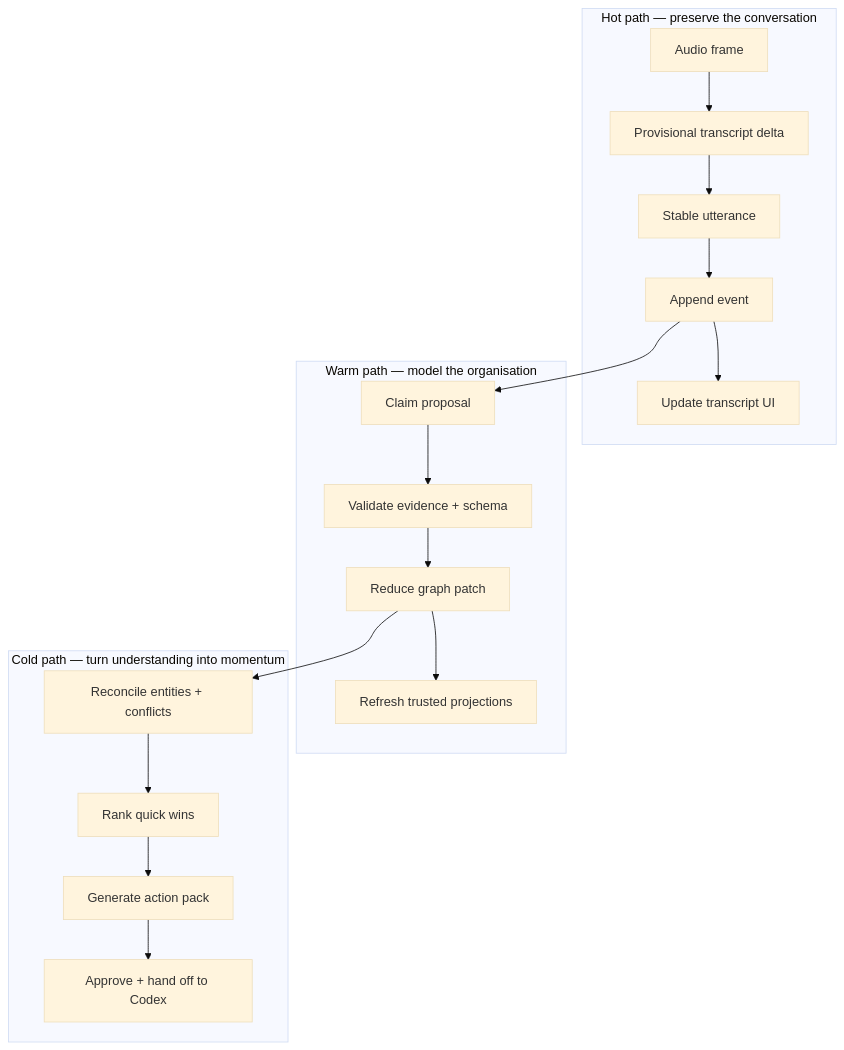
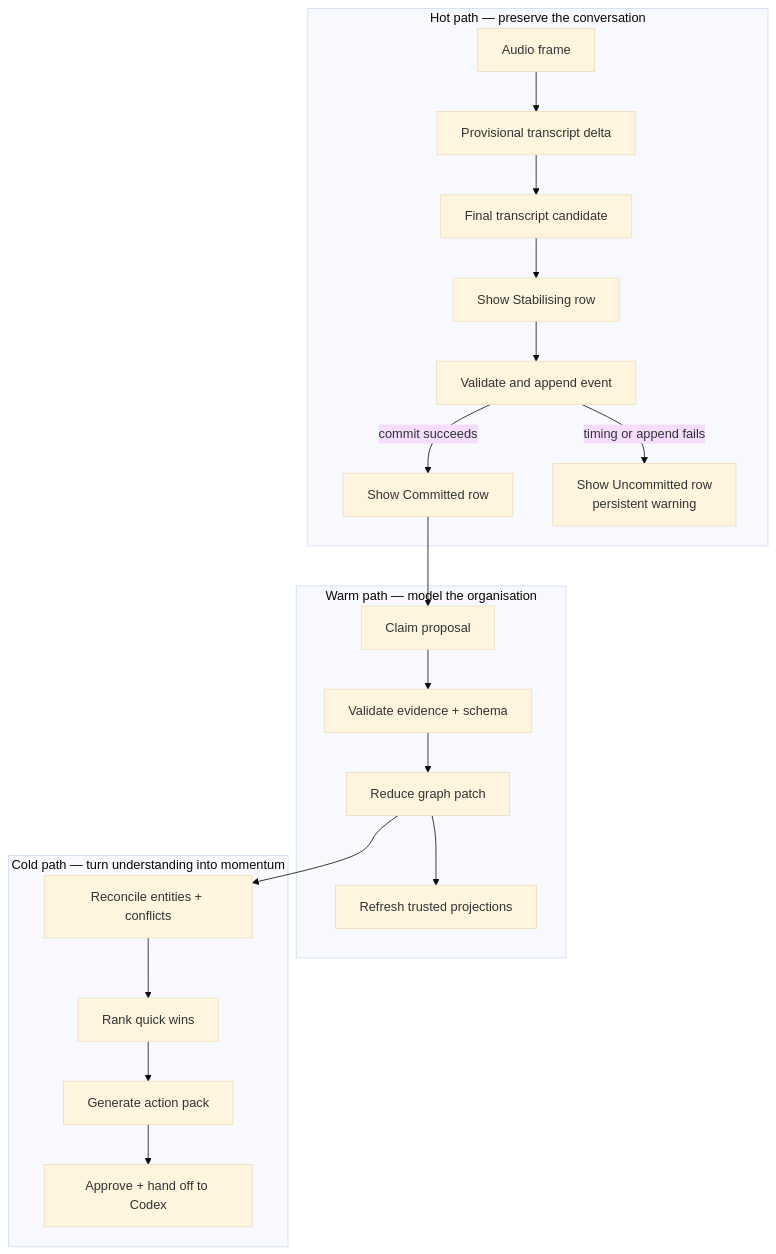
The fourth of 4 diagrams in docs/architecture.md (sergiopesch/scout), drawn with Mermaid (base theme) before and after one commit. The commit also changed other lines of this file and 139 other files, not shown here.

````diff
--- a/docs/architecture.md
+++ b/docs/architecture.md
@@ -64,21 +114,23 @@
 ```mermaid
 flowchart TB
     subgraph Hot["Hot path — preserve the conversation"]
       A["Audio frame"] --> B["Provisional transcript delta"]
-      B --> C["Stable utterance"]
-      C --> D["Append event"]
-      D --> E["Update transcript UI"]
+      B --> C["Final transcript candidate"]
+      C --> D["Show Stabilising row"]
+      D --> E["Validate and append event"]
+      E -->|"commit succeeds"| F["Show Committed row"]
+      E -->|"timing or append fails"| U["Show Uncommitted row\npersistent warning"]
     end
     subgraph Warm["Warm path — model the organisation"]
-      D --> F["Claim proposal"]
-      F --> G["Validate evidence + schema"]
-      G --> H["Reduce graph patch"]
-      H --> I["Refresh trusted projections"]
+      F --> G["Claim proposal"]
+      G --> H["Validate evidence + schema"]
+      H --> I["Reduce graph patch"]
+      I --> J["Refresh trusted projections"]
     end
     subgraph Cold["Cold path — turn understanding into momentum"]
-      H --> J["Reconcile entities + conflicts"]
-      J --> K["Rank quick wins"]
-      K --> L["Generate action pack"]
-      L --> M["Approve + hand off to Codex"]
+      I --> K["Reconcile entities + conflicts"]
+      K --> L["Rank quick wins"]
+      L --> M["Generate action pack"]
+      M --> N["Approve + hand off to Codex"]
     end
 ```
````
